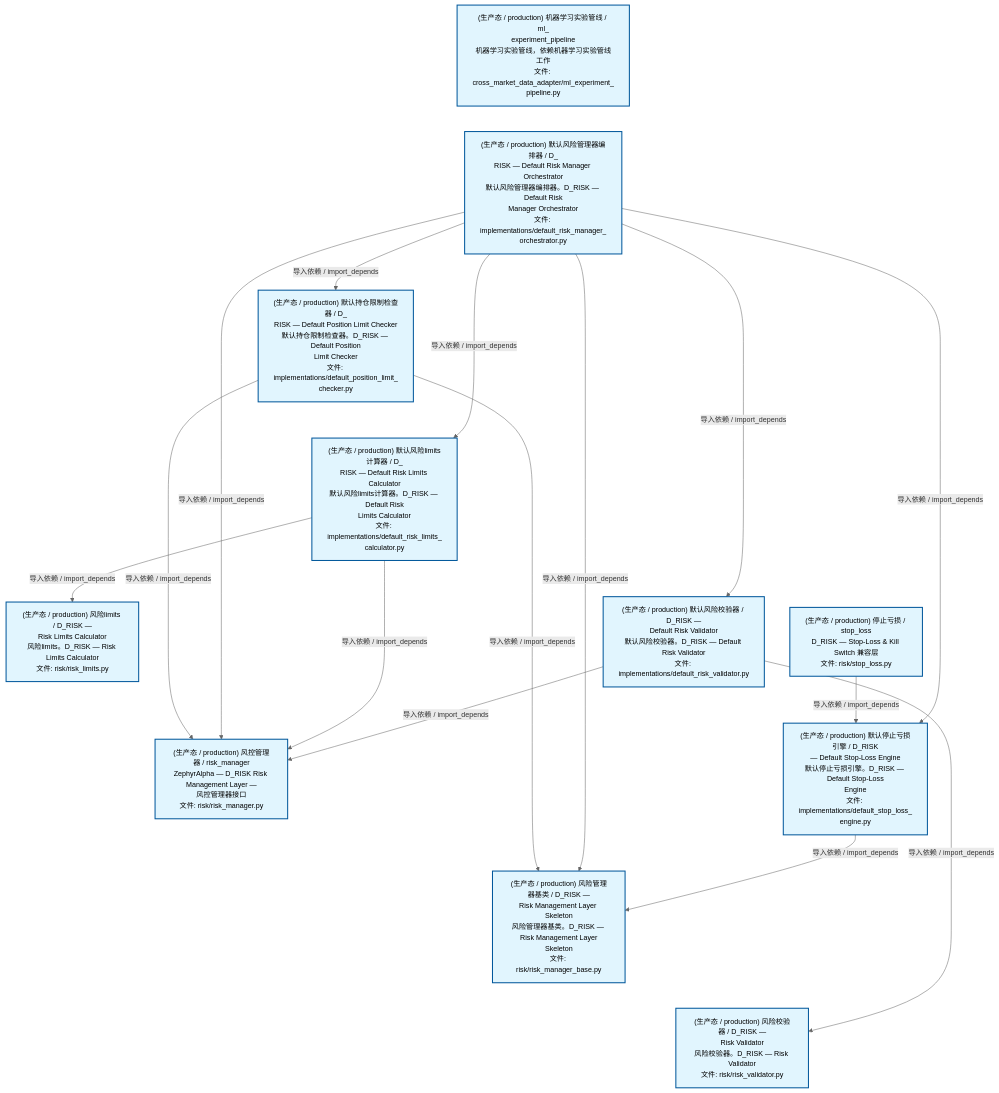
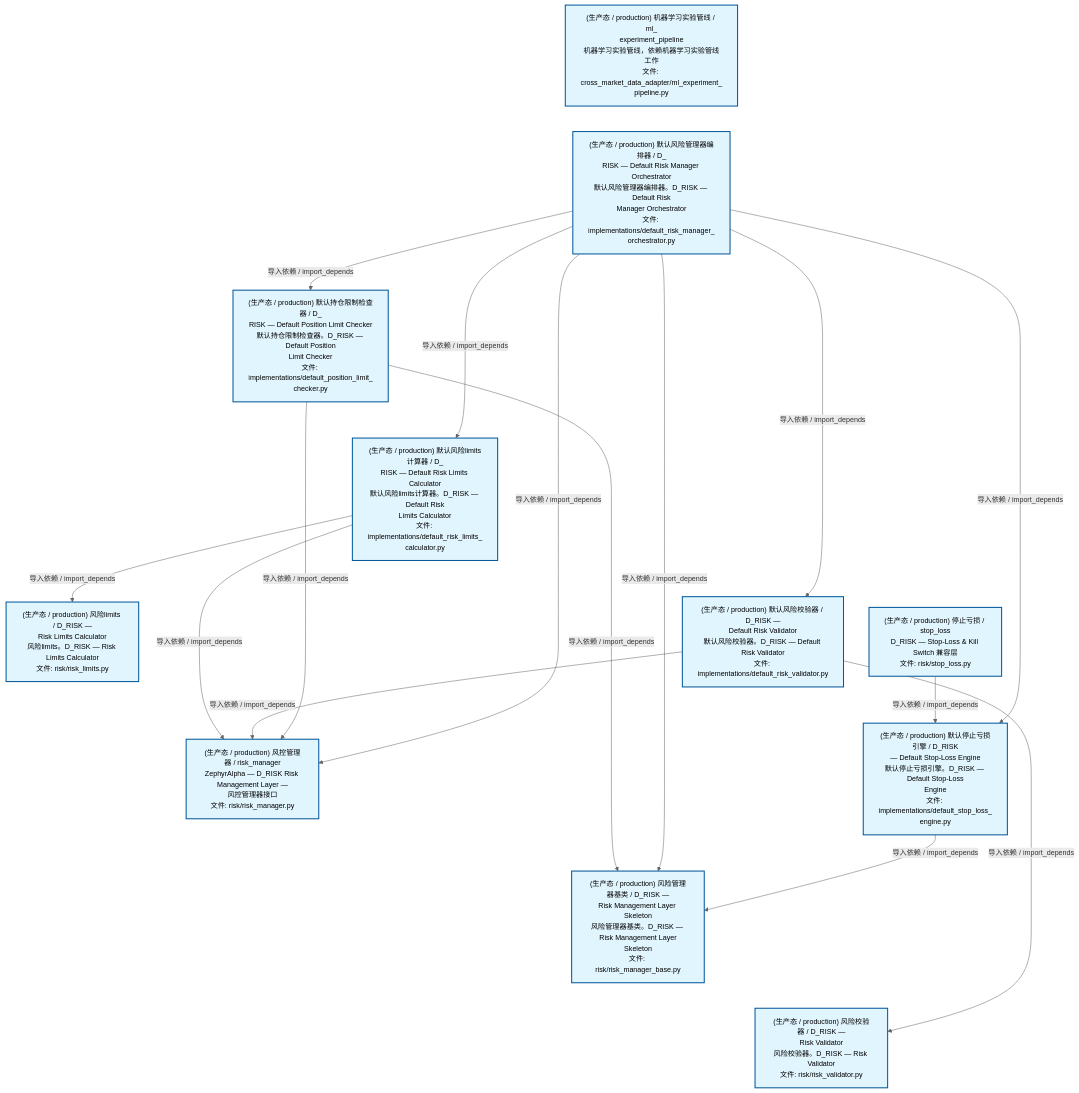
The second of 4 diagrams in docs/02_enterprise_architecture/02_domain_architecture_docs/65_d_risk.md (xuanFelixVan/ZephyrAlpha), drawn with Mermaid before and after one commit. The commit also changed other lines of this file and 42 other files, not shown here.

````diff
--- a/docs/02_enterprise_architecture/02_domain_architecture_docs/65_d_risk.md
+++ b/docs/02_enterprise_architecture/02_domain_architecture_docs/65_d_risk.md
@@ -134,42 +134,42 @@
 ```mermaid
 %%{init: {'theme': 'base', 'themeVariables': {'primaryColor': '#eaeaea', 'primaryTextColor': '#333333', 'primaryBorderColor': '#666666', 'lineColor': '#666666', 'secondaryColor': '#eaeaea', 'tertiaryColor': '#eaeaea', 'fontSize': '14px'}}}%%
 flowchart TD
     src_zephyr_risk_cross_asset_cross_market_data_adapter_ml_experiment_pipeline_py["(生产态 / production) 机器学习实验管线 / ml_<br/>experiment_pipeline<br/>机器学习实验管线，依赖机器学习实验管线工作<br/>文件: cross_market_data_adapter/ml_experiment_<br/>pipeline.py"]
     src_zephyr_risk_implementations_default_risk_manager_orchestrator_py["(生产态 / production) 默认风险管理器编排器 / D_<br/>RISK — Default Risk Manager Orchestrator<br/>默认风险管理器编排器。D_RISK — Default Risk<br/>Manager Orchestrator<br/>文件: implementations/default_risk_manager_<br/>orchestrator.py"]
     src_zephyr_risk_stop_loss_py["(生产态 / production) 停止亏损 / stop_loss<br/>D_RISK — Stop-Loss & Kill Switch 兼容层<br/>文件: risk/stop_loss.py"]
     src_zephyr_risk_cross_asset_cross_market_data_adapter_ml_experiment_pipeline_py ~~~ src_zephyr_risk_implementations_default_risk_manager_orchestrator_py
     src_zephyr_risk_implementations_default_risk_manager_orchestrator_py ~~~ src_zephyr_risk_stop_loss_py
     src_zephyr_risk_implementations_default_position_limit_checker_py["(生产态 / production) 默认持仓限制检查器 / D_<br/>RISK — Default Position Limit Checker<br/>默认持仓限制检查器。D_RISK — Default Position<br/>Limit Checker<br/>文件: implementations/default_position_limit_<br/>checker.py"]
     src_zephyr_risk_implementations_default_risk_limits_calculator_py["(生产态 / production) 默认风险limits计算器 / D_<br/>RISK — Default Risk Limits Calculator<br/>默认风险limits计算器。D_RISK — Default Risk<br/>Limits Calculator<br/>文件: implementations/default_risk_limits_<br/>calculator.py"]
     src_zephyr_risk_implementations_default_risk_validator_py["(生产态 / production) 默认风险校验器 / D_RISK —<br/>Default Risk Validator<br/>默认风险校验器。D_RISK — Default Risk Validator<br/>文件: implementations/default_risk_validator.py"]
     src_zephyr_risk_implementations_default_stop_loss_engine_py["(生产态 / production) 默认停止亏损引擎 / D_RISK<br/>— Default Stop-Loss Engine<br/>默认停止亏损引擎。D_RISK — Default Stop-Loss<br/>Engine<br/>文件: implementations/default_stop_loss_<br/>engine.py"]
     src_zephyr_risk_implementations_default_position_limit_checker_py ~~~ src_zephyr_risk_implementations_default_risk_limits_calculator_py
     src_zephyr_risk_implementations_default_risk_limits_calculator_py ~~~ src_zephyr_risk_implementations_default_risk_validator_py
     src_zephyr_risk_implementations_default_risk_validator_py ~~~ src_zephyr_risk_implementations_default_stop_loss_engine_py
     src_zephyr_risk_risk_limits_py["(生产态 / production) 风险limits / D_RISK —<br/>Risk Limits Calculator<br/>风险limits。D_RISK — Risk Limits Calculator<br/>文件: risk/risk_limits.py"]
     src_zephyr_risk_risk_manager_py["(生产态 / production) 风控管理器 / risk_manager<br/>ZephyrAlpha — D_RISK Risk Management Layer —<br/>风控管理器接口<br/>文件: risk/risk_manager.py"]
     src_zephyr_risk_risk_manager_base_py["(生产态 / production) 风险管理器基类 / D_RISK —<br/>Risk Management Layer Skeleton<br/>风险管理器基类。D_RISK — Risk Management Layer<br/>Skeleton<br/>文件: risk/risk_manager_base.py"]
     src_zephyr_risk_risk_validator_py["(生产态 / production) 风险校验器 / D_RISK —<br/>Risk Validator<br/>风险校验器。D_RISK — Risk Validator<br/>文件: risk/risk_validator.py"]
     src_zephyr_risk_risk_limits_py ~~~ src_zephyr_risk_risk_manager_py
     src_zephyr_risk_risk_manager_py ~~~ src_zephyr_risk_risk_manager_base_py
     src_zephyr_risk_risk_manager_base_py ~~~ src_zephyr_risk_risk_validator_py
     src_zephyr_risk_stop_loss_py -->|导入依赖 / import_depends| src_zephyr_risk_implementations_default_stop_loss_engine_py
+    src_zephyr_risk_implementations_default_risk_limits_calculator_py -->|导入依赖 / import_depends| src_zephyr_risk_risk_manager_py
+    src_zephyr_risk_implementations_default_risk_limits_calculator_py -->|导入依赖 / import_depends| src_zephyr_risk_risk_limits_py
+    src_zephyr_risk_implementations_default_risk_validator_py -->|导入依赖 / import_depends| src_zephyr_risk_risk_manager_py
+    src_zephyr_risk_implementations_default_risk_validator_py -->|导入依赖 / import_depends| src_zephyr_risk_risk_validator_py
     src_zephyr_risk_implementations_default_position_limit_checker_py -->|导入依赖 / import_depends| src_zephyr_risk_risk_manager_py
     src_zephyr_risk_implementations_default_position_limit_checker_py -->|导入依赖 / import_depends| src_zephyr_risk_risk_manager_base_py
     src_zephyr_risk_implementations_default_risk_manager_orchestrator_py -->|导入依赖 / import_depends| src_zephyr_risk_risk_manager_py
     src_zephyr_risk_implementations_default_risk_manager_orchestrator_py -->|导入依赖 / import_depends| src_zephyr_risk_risk_manager_base_py
+    src_zephyr_risk_implementations_default_risk_manager_orchestrator_py -->|导入依赖 / import_depends| src_zephyr_risk_implementations_default_risk_limits_calculator_py
+    src_zephyr_risk_implementations_default_risk_manager_orchestrator_py -->|导入依赖 / import_depends| src_zephyr_risk_implementations_default_risk_validator_py
     src_zephyr_risk_implementations_default_risk_manager_orchestrator_py -->|导入依赖 / import_depends| src_zephyr_risk_implementations_default_position_limit_checker_py
-    src_zephyr_risk_implementations_default_risk_manager_orchestrator_py -->|导入依赖 / import_depends| src_zephyr_risk_implementations_default_risk_limits_calculator_py
     src_zephyr_risk_implementations_default_risk_manager_orchestrator_py -->|导入依赖 / import_depends| src_zephyr_risk_implementations_default_stop_loss_engine_py
-    src_zephyr_risk_implementations_default_risk_manager_orchestrator_py -->|导入依赖 / import_depends| src_zephyr_risk_implementations_default_risk_validator_py
-    src_zephyr_risk_implementations_default_risk_limits_calculator_py -->|导入依赖 / import_depends| src_zephyr_risk_risk_manager_py
-    src_zephyr_risk_implementations_default_risk_limits_calculator_py -->|导入依赖 / import_depends| src_zephyr_risk_risk_limits_py
     src_zephyr_risk_implementations_default_stop_loss_engine_py -->|导入依赖 / import_depends| src_zephyr_risk_risk_manager_base_py
-    src_zephyr_risk_implementations_default_risk_validator_py -->|导入依赖 / import_depends| src_zephyr_risk_risk_manager_py
-    src_zephyr_risk_implementations_default_risk_validator_py -->|导入依赖 / import_depends| src_zephyr_risk_risk_validator_py
     classDef production fill:#e1f5fe,stroke:#01579b,stroke-width:2px,color:#000
     classDef design fill:#fff3e0,stroke:#e65100,stroke-width:2px,color:#000,stroke-dasharray: 5 5
     classDef external_prod fill:#e8f4fd,stroke:#0277bd,stroke-width:1px,color:#000
     classDef external_design fill:#fff8e7,stroke:#ef6c00,stroke-width:1px,color:#000,stroke-dasharray: 5 5
     class src_zephyr_risk_cross_asset_cross_market_data_adapter_ml_experiment_pipeline_py,src_zephyr_risk_implementations_default_position_limit_checker_py,src_zephyr_risk_implementations_default_risk_limits_calculator_py,src_zephyr_risk_implementations_default_risk_manager_orchestrator_py,src_zephyr_risk_implementations_default_risk_validator_py,src_zephyr_risk_implementations_default_stop_loss_engine_py,src_zephyr_risk_risk_limits_py,src_zephyr_risk_risk_manager_py,src_zephyr_risk_risk_manager_base_py,src_zephyr_risk_risk_validator_py,src_zephyr_risk_stop_loss_py production
 ```
````
